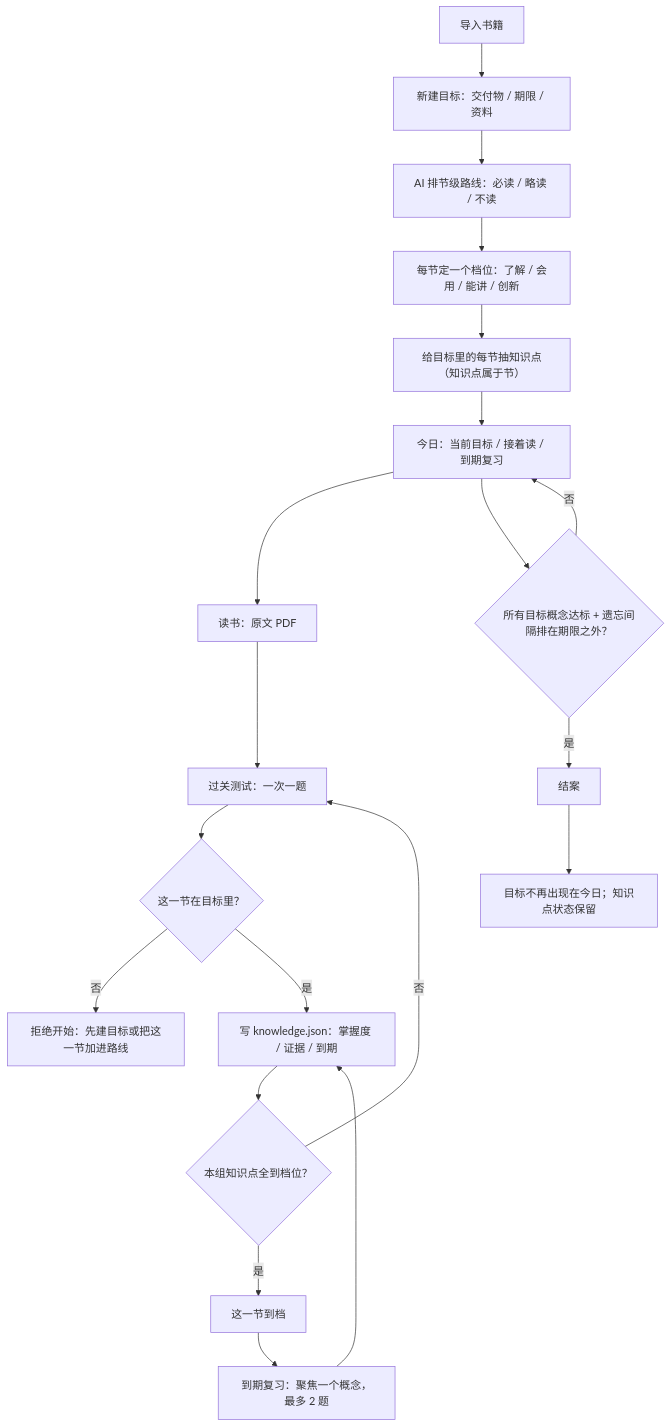
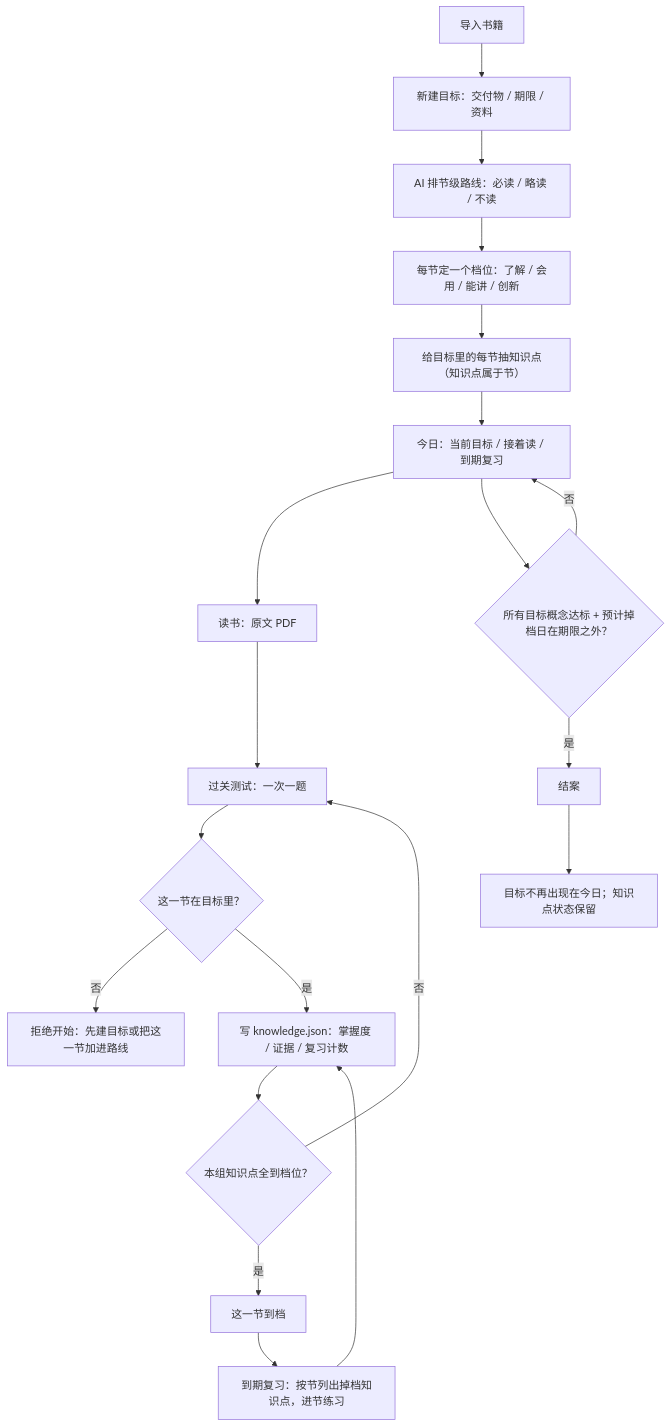
The first of 2 diagrams in README.md (Bejohnself/dsh-study-less), drawn with Mermaid before and after one commit. The commit also changed other lines of this file and 56 other files, not shown here.

````diff
--- a/README.md
+++ b/README.md
@@ -16,22 +16,22 @@
 ```mermaid
 flowchart TD
   A["导入书籍"] --> B["新建目标：交付物 / 期限 / 资料"]
   B --> C["AI 排节级路线：必读 / 略读 / 不读"]
   C --> D["每节定一个档位：了解 / 会用 / 能讲 / 创新"]
   D --> E["给目标里的每节抽知识点（知识点属于节）"]
   E --> F["今日：当前目标 / 接着读 / 到期复习"]
   F --> G["读书：原文 PDF"]
   G --> H["过关测试：一次一题"]
   H --> I{"这一节在目标里？"}
   I -- "否" --> K["拒绝开始：先建目标或把这一节加进路线"]
-  I -- "是" --> J["写 knowledge.json：掌握度 / 证据 / 到期"]
+  I -- "是" --> J["写 knowledge.json：掌握度 / 证据 / 复习计数"]
   J --> L{"本组知识点全到档位？"}
   L -- "是" --> M["这一节到档"]
   L -- "否" --> H
-  M --> N["到期复习：聚焦一个概念，最多 2 题"]
+  M --> N["到期复习：按节列出掉档知识点，进节练习"]
   N --> J
-  F --> O{"所有目标概念达标 + 遗忘间隔排在期限之外？"}
+  F --> O{"所有目标概念达标 + 预计掉档日在期限之外？"}
   O -- "是" --> P["结案"]
   O -- "否" --> F
   P --> Q["目标不再出现在今日；知识点状态保留"]
 ```
````
